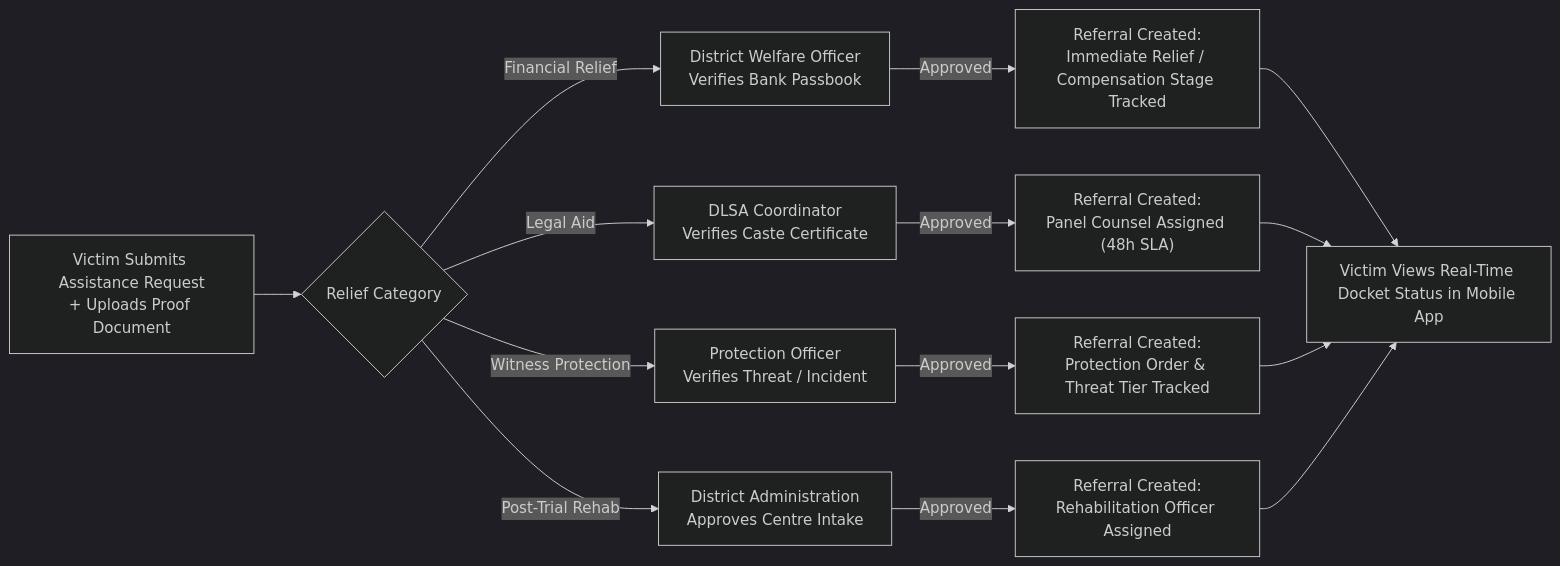
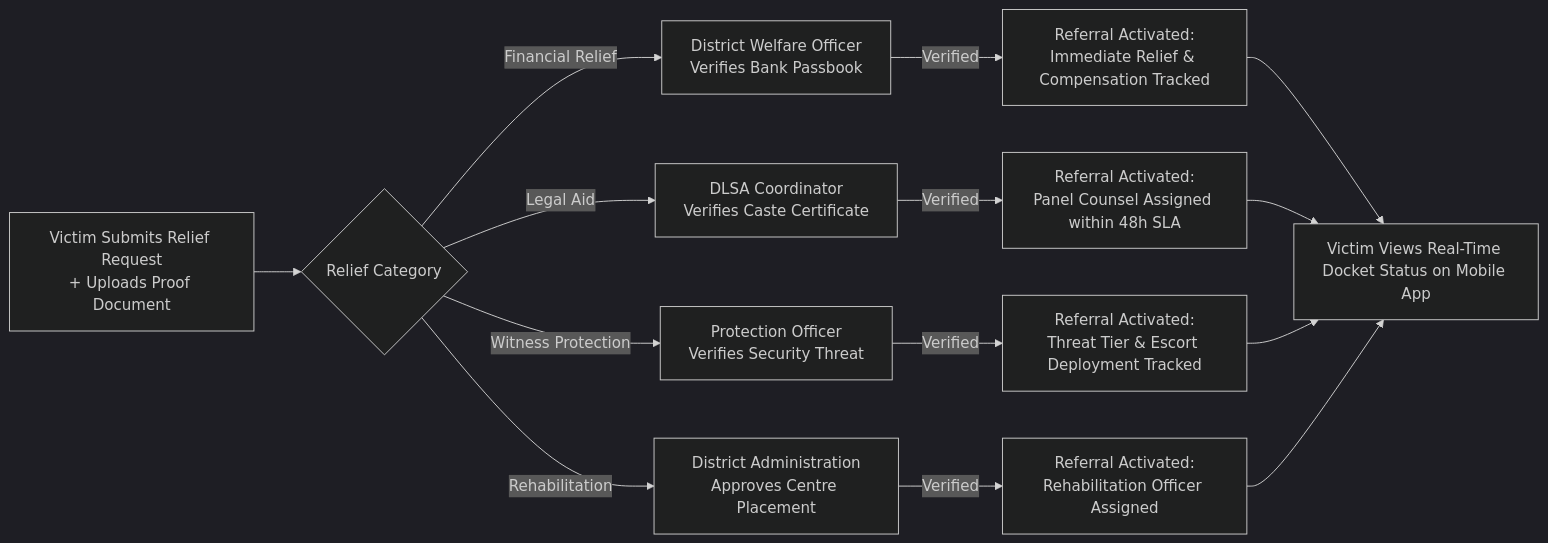
One commit to Ganga9115/Mansakha changed the fourth of 7 diagrams in Mansakha/README.md. Above: the diagram before and after it, drawn with Mermaid (dark theme). The commit also changed other lines of this file, not shown here.

Commit message:
docs: present README in pure architectural plan and logic format for evaluators

````diff
--- a/Mansakha/README.md
+++ b/Mansakha/README.md
@@ -153,19 +187,19 @@
 ```mermaid
 graph LR
-    VictimReq["Victim Submits Assistance Request<br/>+ Uploads Proof Document"] --> TypeSplit{"Relief Category"}
+    VictimReq["Victim Submits Relief Request<br/>+ Uploads Proof Document"] --> TypeSplit{"Relief Category"}
     
     TypeSplit -->|Financial Relief| DWO["District Welfare Officer<br/>Verifies Bank Passbook"]
     TypeSplit -->|Legal Aid| DLSA["DLSA Coordinator<br/>Verifies Caste Certificate"]
-    TypeSplit -->|Witness Protection| PO["Protection Officer<br/>Verifies Threat / Incident"]
-    TypeSplit -->|Post-Trial Rehab| Admin["District Administration<br/>Approves Centre Intake"]
+    TypeSplit -->|Witness Protection| PO["Protection Officer<br/>Verifies Security Threat"]
+    TypeSplit -->|Rehabilitation| Admin["District Administration<br/>Approves Centre Placement"]
     
-    DWO -->|Approved| RefDWO["Referral Created:<br/>Immediate Relief / Compensation Stage Tracked"]
-    DLSA -->|Approved| RefDLSA["Referral Created:<br/>Panel Counsel Assigned (48h SLA)"]
-    PO -->|Approved| RefPO["Referral Created:<br/>Protection Order & Threat Tier Tracked"]
-    Admin -->|Approved| RefAdmin["Referral Created:<br/>Rehabilitation Officer Assigned"]
+    DWO -->|Verified| RefDWO["Referral Activated:<br/>Immediate Relief & Compensation Tracked"]
+    DLSA -->|Verified| RefDLSA["Referral Activated:<br/>Panel Counsel Assigned within 48h SLA"]
+    PO -->|Verified| RefPO["Referral Activated:<br/>Threat Tier & Escort Deployment Tracked"]
+    Admin -->|Verified| RefAdmin["Referral Activated:<br/>Rehabilitation Officer Assigned"]
     
-    RefDWO --> LiveStatus["Victim Views Real-Time Docket Status in Mobile App"]
+    RefDWO --> LiveStatus["Victim Views Real-Time Docket Status on Mobile App"]
     RefDLSA --> LiveStatus
     RefPO --> LiveStatus
     RefAdmin --> LiveStatus
 ```
````
